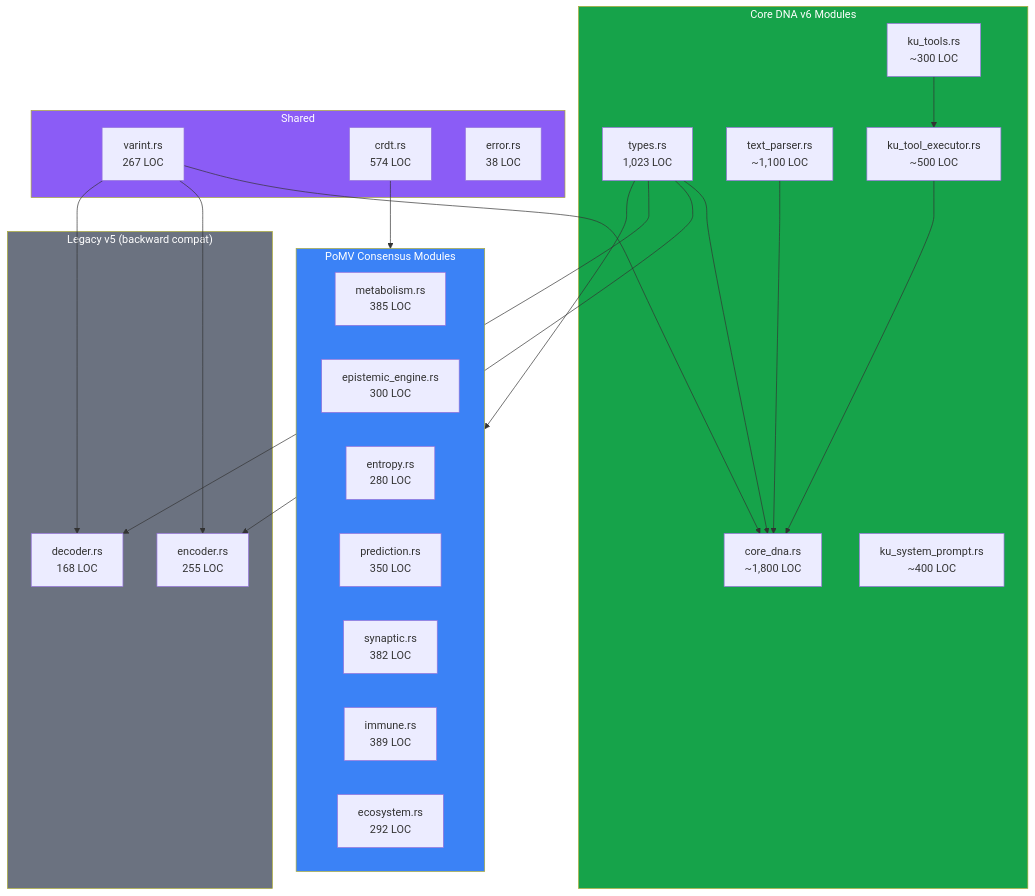
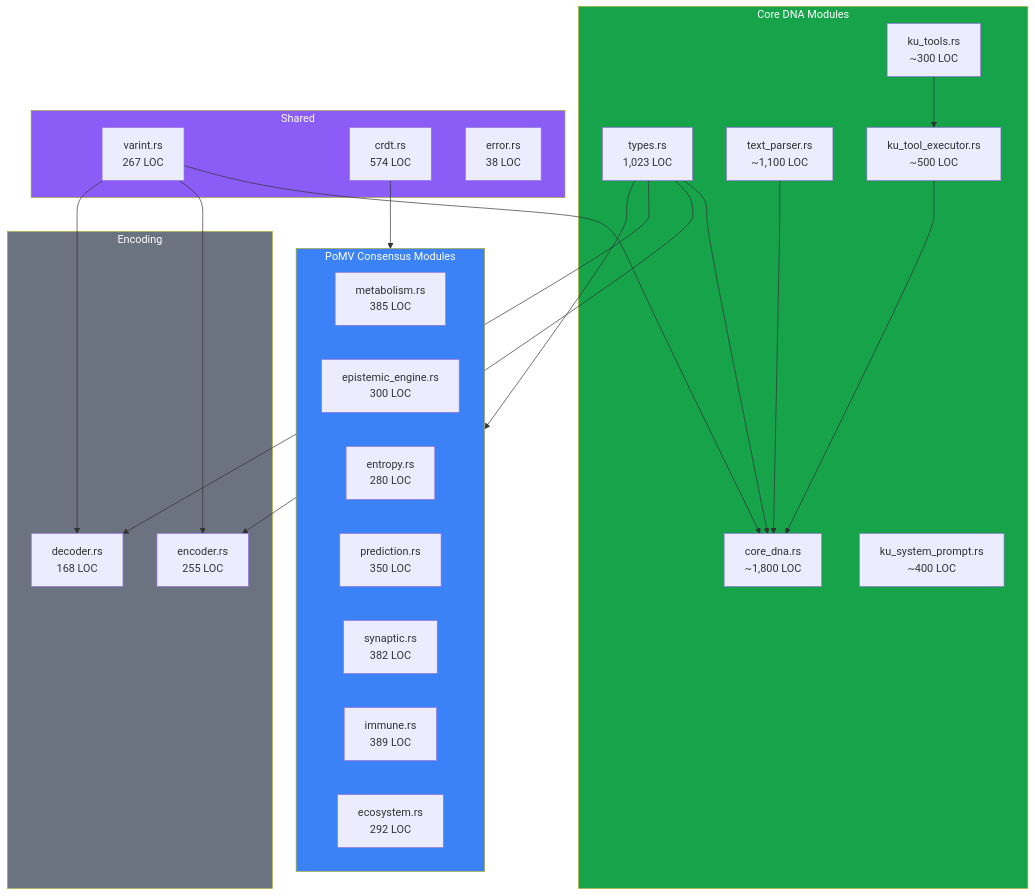
The diagram in docs/paper/ku/06_evaluation.md (shpy2001gemi/OneBrain), drawn with Mermaid before and after one commit. The commit also changed other lines of this file and 95 other files, not shown here.

````diff
--- a/docs/paper/ku/06_evaluation.md
+++ b/docs/paper/ku/06_evaluation.md
@@ -28,49 +28,49 @@
 ```mermaid
 graph TD
-    subgraph CoreDNA["Core DNA v6 Modules"]
+    subgraph CoreDNA["Core DNA Modules"]
         types["types.rs<br/>1,023 LOC"]
         core_dna["core_dna.rs<br/>~1,800 LOC"]
         text_parser["text_parser.rs<br/>~1,100 LOC"]
         ku_tools["ku_tools.rs<br/>~300 LOC"]
         ku_executor["ku_tool_executor.rs<br/>~500 LOC"]
         ku_prompt["ku_system_prompt.rs<br/>~400 LOC"]
     end
 
-    subgraph Legacy["Legacy v5 (backward compat)"]
+    subgraph Encoding["Encoding"]
         encoder["encoder.rs<br/>255 LOC"]
         decoder["decoder.rs<br/>168 LOC"]
     end
 
     subgraph Shared["Shared"]
         varint["varint.rs<br/>267 LOC"]
         crdt["crdt.rs<br/>574 LOC"]
         error["error.rs<br/>38 LOC"]
     end
 
     subgraph PoMV["PoMV Consensus Modules"]
         metabolism["metabolism.rs<br/>385 LOC"]
         epistemic["epistemic_engine.rs<br/>300 LOC"]
         entropy["entropy.rs<br/>280 LOC"]
         prediction["prediction.rs<br/>350 LOC"]
         synaptic["synaptic.rs<br/>382 LOC"]
         immune["immune.rs<br/>389 LOC"]
         ecosystem["ecosystem.rs<br/>292 LOC"]
     end
 
     types --> core_dna
     varint --> core_dna
     text_parser --> core_dna
     ku_tools --> ku_executor
     ku_executor --> core_dna
     types --> encoder
     types --> decoder
     varint --> encoder
     varint --> decoder
     types --> PoMV
     crdt --> PoMV
 
     style CoreDNA fill:#16a34a,color:#fff
-    style Legacy fill:#6b7280,color:#fff
+    style Encoding fill:#6b7280,color:#fff
     style Shared fill:#8b5cf6,color:#fff
     style PoMV fill:#3b82f6,color:#fff
 ```
````
